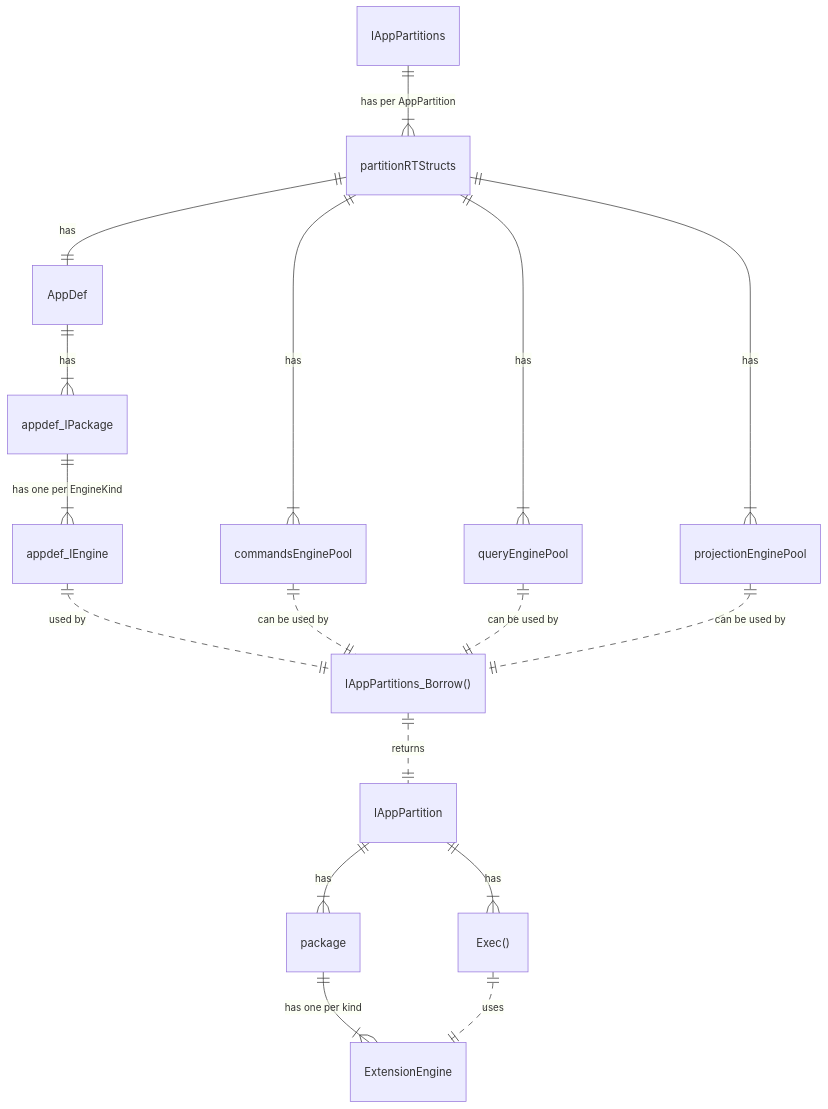
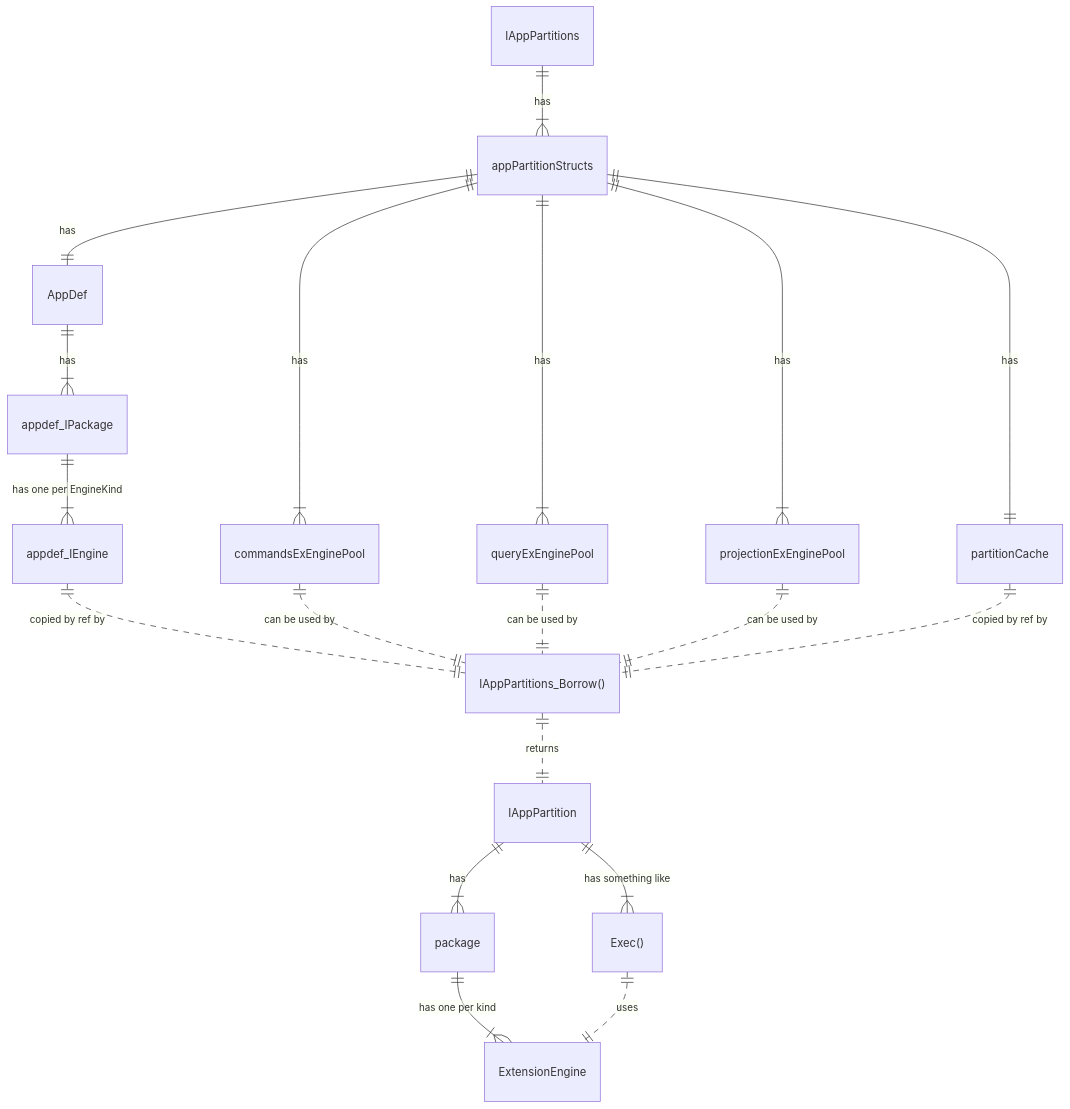
The fifth of 15 diagrams in design/README.md (voedger/voedger), drawn with Mermaid before and after one commit. The commit also changed other lines of this file, not shown here.

````diff
--- a/design/README.md
+++ b/design/README.md
@@ -169,28 +169,30 @@
 ```mermaid
     erDiagram
 
-    IAppPartitions ||--|{ partitionRTStructs : "has per AppPartition"
+    IAppPartitions ||--|{ appPartitionStructs : "has"
 
-    partitionRTStructs ||--|| AppDef : "has"
-    partitionRTStructs  ||--|{ commandsEnginePool : "has"
-    partitionRTStructs  ||--|{ queryEnginePool : "has"
-    partitionRTStructs  ||--|{ projectionEnginePool : "has"
+    appPartitionStructs ||--|| AppDef : "has"
+    appPartitionStructs  ||--|{ commandsExEnginePool : "has"
+    appPartitionStructs  ||--|{ queryExEnginePool : "has"
+    appPartitionStructs  ||--|{ projectionExEnginePool : "has"
+    appPartitionStructs  ||--|| partitionCache: "has"
 
 
     AppDef ||--|{ appdef_IPackage : "has"
     appdef_IPackage ||--|{ appdef_IEngine : "has one per EngineKind"
 
-    appdef_IEngine ||..|| "IAppPartitions_Borrow()": "used by"
+    appdef_IEngine ||..|| "IAppPartitions_Borrow()": "copied by ref by"
     
-    commandsEnginePool ||..|| "IAppPartitions_Borrow()": "can be used by"
-    queryEnginePool ||..|| "IAppPartitions_Borrow()": "can be used by"
-    projectionEnginePool ||..|| "IAppPartitions_Borrow()": "can be used by"
+    commandsExEnginePool ||..|| "IAppPartitions_Borrow()": "can be used by"
+    queryExEnginePool ||..|| "IAppPartitions_Borrow()": "can be used by"
+    projectionExEnginePool ||..|| "IAppPartitions_Borrow()": "can be used by"
+    partitionCache ||..|| "IAppPartitions_Borrow()": "copied by ref by"
 
     "IAppPartitions_Borrow()" ||..|| "IAppPartition": "returns"
 
     IAppPartition ||--|{ package : "has"
     package ||--|{ ExtensionEngine : "has one per kind"
-    IAppPartition ||--|{ "Exec()" : "has"
+    IAppPartition ||--|{ "Exec()" : "has something like"
 
     "Exec()" ||..|| ExtensionEngine : "uses"
 ```
````
